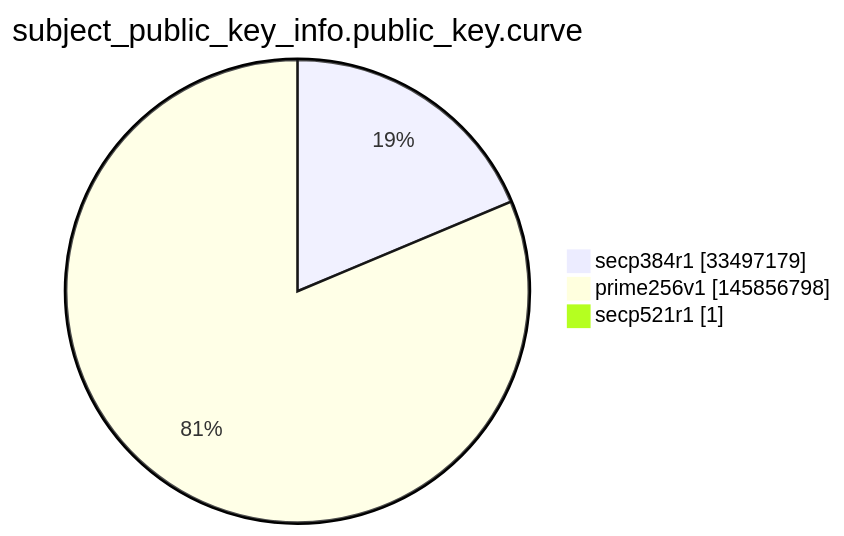
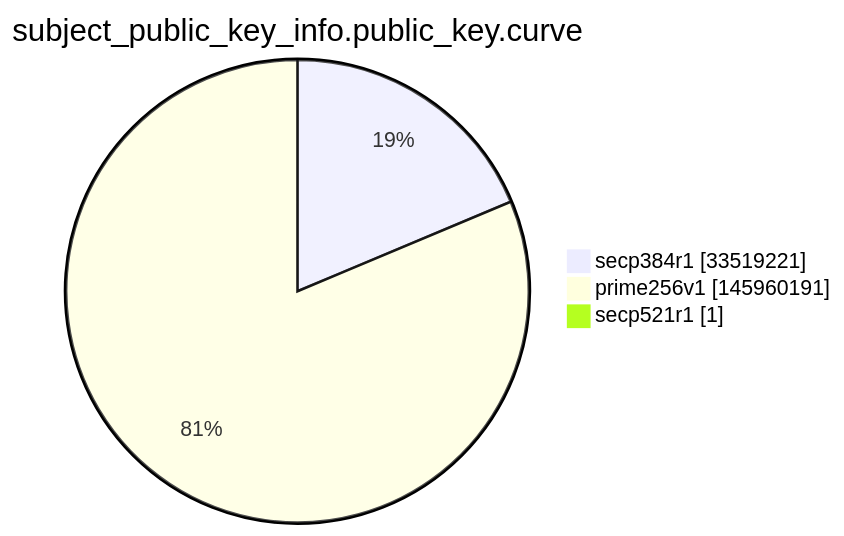
The ninth of 15 diagrams in argon2022/README.md (christiankrug/ctmonitor_visualization), drawn with Mermaid before and after one commit. The commit also changed other lines of this file, not shown here.

````diff
--- a/argon2022/README.md
+++ b/argon2022/README.md
@@ -2764,7 +2764,7 @@
 ```mermaid
 pie showData
 title subject_public_key_info.public_key.curve
-"secp384r1" :33497179
-"prime256v1" :145856798
+"secp384r1" :33519221
+"prime256v1" :145960191
 "secp521r1" :1
 ```
````
